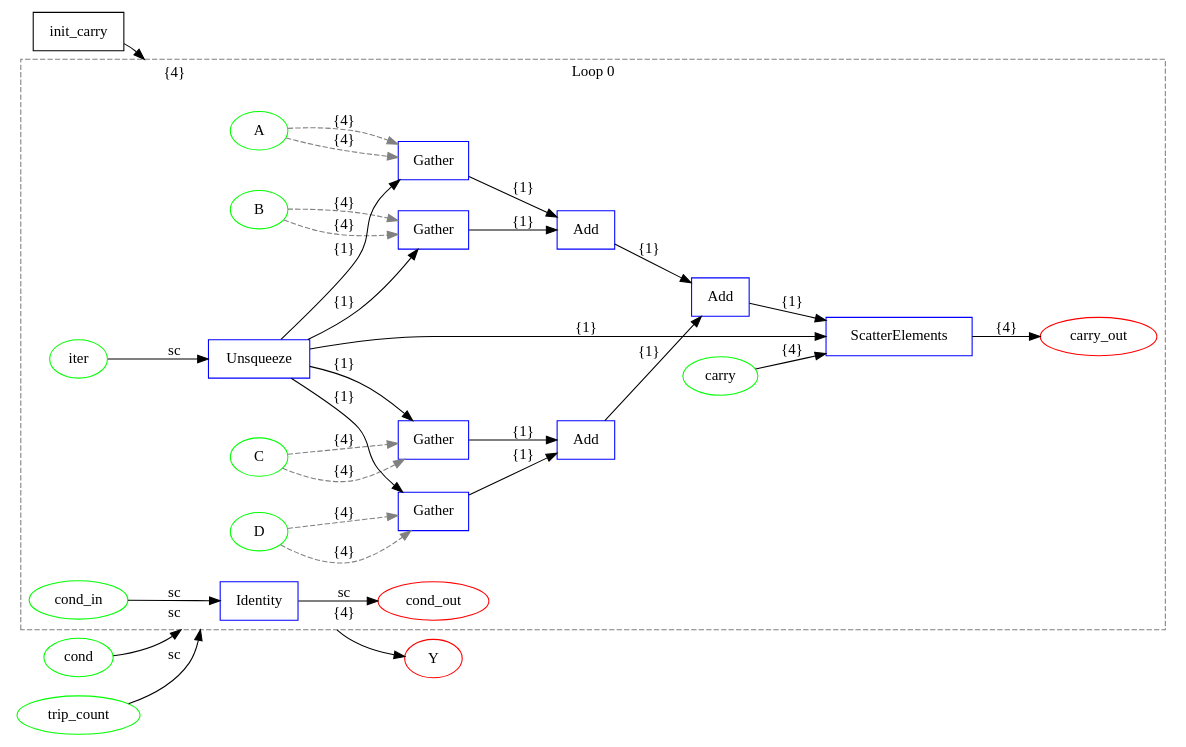
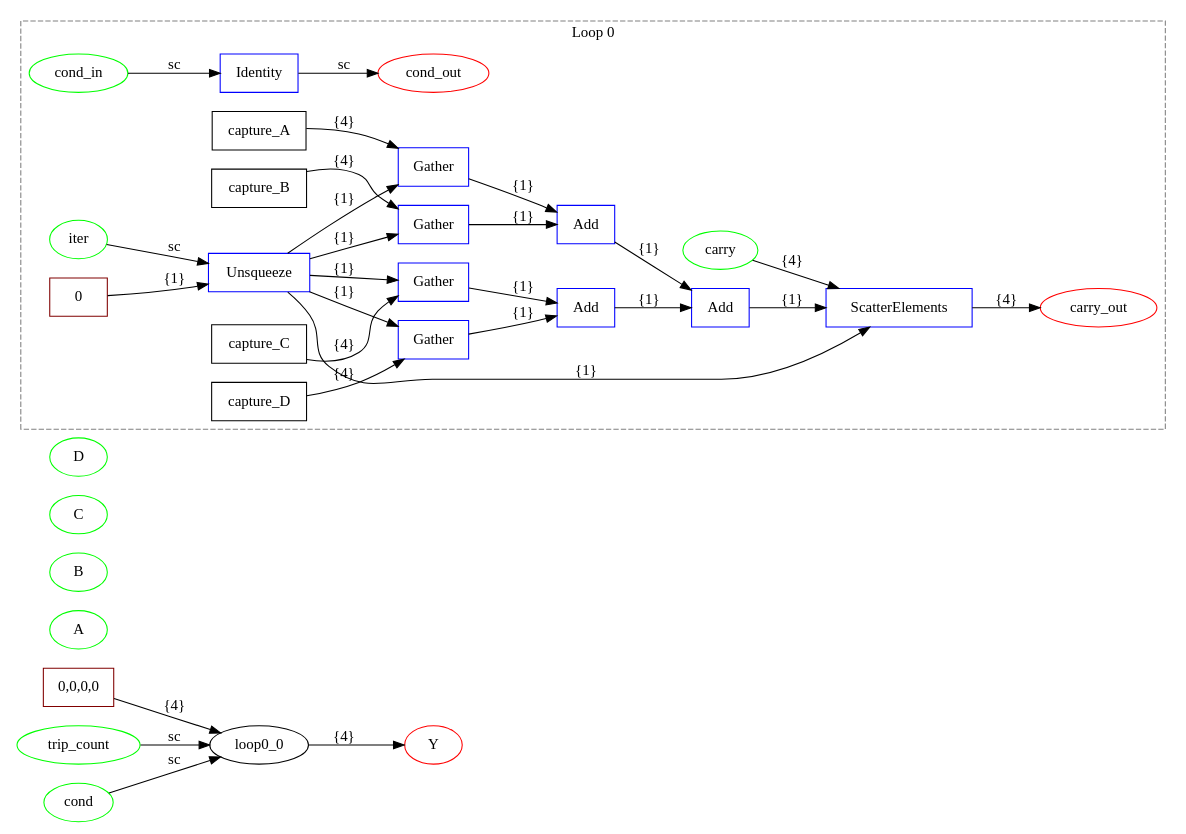
The diagram in examples/onnx/add_chain_decomposed.dot (specs-feup/onnx-flow), drawn with Graphviz before and after one commit. The commit also changed 149 other files, not shown here.

```diff
--- a/examples/onnx/add_chain_decomposed.dot
+++ b/examples/onnx/add_chain_decomposed.dot
@@ -1,62 +1,64 @@
 digraph {
   graph [compound=true rankdir=LR];
-  init_carry [label=init_carry shape=box];
+  init_carry [label="0,0,0,0" shape=box color=maroon];
   A [label=A shape=ellipse color=lime];
   B [label=B shape=ellipse color=lime];
   C [label=C shape=ellipse color=lime];
   D [label=D shape=ellipse color=lime];
   trip_count [label=trip_count shape=ellipse color=lime];
   cond [label=cond shape=ellipse color=lime];
   Y [label=Y shape=ellipse color=red];
   subgraph cluster_loop_0 {
     graph [compound=true rankdir=LR];
     loop0_iter [label=iter shape=ellipse color=lime];
     loop0_cond_in [label=cond_in shape=ellipse color=lime];
     loop0_carry [label=carry shape=ellipse color=lime];
     loop0_cond_out [label=cond_out shape=ellipse color=red];
     loop0_carry_out [label=carry_out shape=ellipse color=red];
-    loop0_0 [label=Unsqueeze shape=box color=blue];
-    loop0_0 -> loop0_1 [label="{1}"];
-    loop0_0 -> loop0_2 [label="{1}"];
-    loop0_0 -> loop0_3 [label="{1}"];
-    loop0_0 -> loop0_4 [label="{1}"];
-    loop0_0 -> loop0_8 [label="{1}"];
-    loop0_1 [label=Gather shape=box color=blue];
-    A -> loop0_1 [label="{4}" style=dashed color=gray];
+    loop0_axes [label=0 shape=box color=maroon];
+    loop0_1 [label=Unsqueeze shape=box color=blue];
+    loop0_1 -> loop0_2 [label="{1}"];
+    loop0_1 -> loop0_3 [label="{1}"];
+    loop0_1 -> loop0_4 [label="{1}"];
     loop0_1 -> loop0_5 [label="{1}"];
+    loop0_1 -> loop0_9 [label="{1}"];
+    loop0_capture_A [label=capture_A shape=box];
     loop0_2 [label=Gather shape=box color=blue];
-    B -> loop0_2 [label="{4}" style=dashed color=gray];
-    loop0_2 -> loop0_5 [label="{1}"];
+    loop0_2 -> loop0_6 [label="{1}"];
+    loop0_capture_B [label=capture_B shape=box];
     loop0_3 [label=Gather shape=box color=blue];
-    C -> loop0_3 [label="{4}" style=dashed color=gray];
     loop0_3 -> loop0_6 [label="{1}"];
+    loop0_capture_C [label=capture_C shape=box];
     loop0_4 [label=Gather shape=box color=blue];
-    D -> loop0_4 [label="{4}" style=dashed color=gray];
-    loop0_4 -> loop0_6 [label="{1}"];
-    loop0_5 [label=Add shape=box color=blue];
+    loop0_4 -> loop0_7 [label="{1}"];
+    loop0_capture_D [label=capture_D shape=box];
+    loop0_5 [label=Gather shape=box color=blue];
     loop0_5 -> loop0_7 [label="{1}"];
     loop0_6 [label=Add shape=box color=blue];
-    loop0_6 -> loop0_7 [label="{1}"];
+    loop0_6 -> loop0_8 [label="{1}"];
     loop0_7 [label=Add shape=box color=blue];
     loop0_7 -> loop0_8 [label="{1}"];
-    loop0_8 [label=ScatterElements shape=box color=blue];
-    loop0_9 [label=Identity shape=box color=blue];
-    loop0_iter -> loop0_0 [label=sc];
-    loop0_8 -> loop0_carry_out [label="{4}"];
-    loop0_carry -> loop0_8 [label="{4}"];
-    loop0_cond_in -> loop0_9 [label=sc];
-    loop0_9 -> loop0_cond_out [label=sc];
-    A -> loop0_1 [style=dashed color=gray label="{4}"];
-    B -> loop0_2 [style=dashed color=gray label="{4}"];
-    C -> loop0_3 [style=dashed color=gray label="{4}"];
-    D -> loop0_4 [style=dashed color=gray label="{4}"];
+    loop0_8 [label=Add shape=box color=blue];
+    loop0_8 -> loop0_9 [label="{1}"];
+    loop0_9 [label=ScatterElements shape=box color=blue];
+    loop0_10 [label=Identity shape=box color=blue];
+    loop0_iter -> loop0_1 [label=sc];
+    loop0_axes -> loop0_1 [label="{1}"];
+    loop0_9 -> loop0_carry_out [label="{4}"];
+    loop0_capture_A -> loop0_2 [label="{4}"];
+    loop0_capture_B -> loop0_3 [label="{4}"];
+    loop0_capture_C -> loop0_4 [label="{4}"];
+    loop0_capture_D -> loop0_5 [label="{4}"];
+    loop0_carry -> loop0_9 [label="{4}"];
+    loop0_cond_in -> loop0_10 [label=sc];
+    loop0_10 -> loop0_cond_out [label=sc];
     graph [label="Loop 0"];
     graph [style=dashed];
     graph [color=gray];
   }
 
   trip_count -> loop0_0 [label=sc lhead=cluster_loop_0];
   cond -> loop0_0 [label=sc lhead=cluster_loop_0];
   init_carry -> loop0_0 [label="{4}" lhead=cluster_loop_0];
   loop0_0 -> Y [label="{4}" ltail=cluster_loop_0];
 }
```
